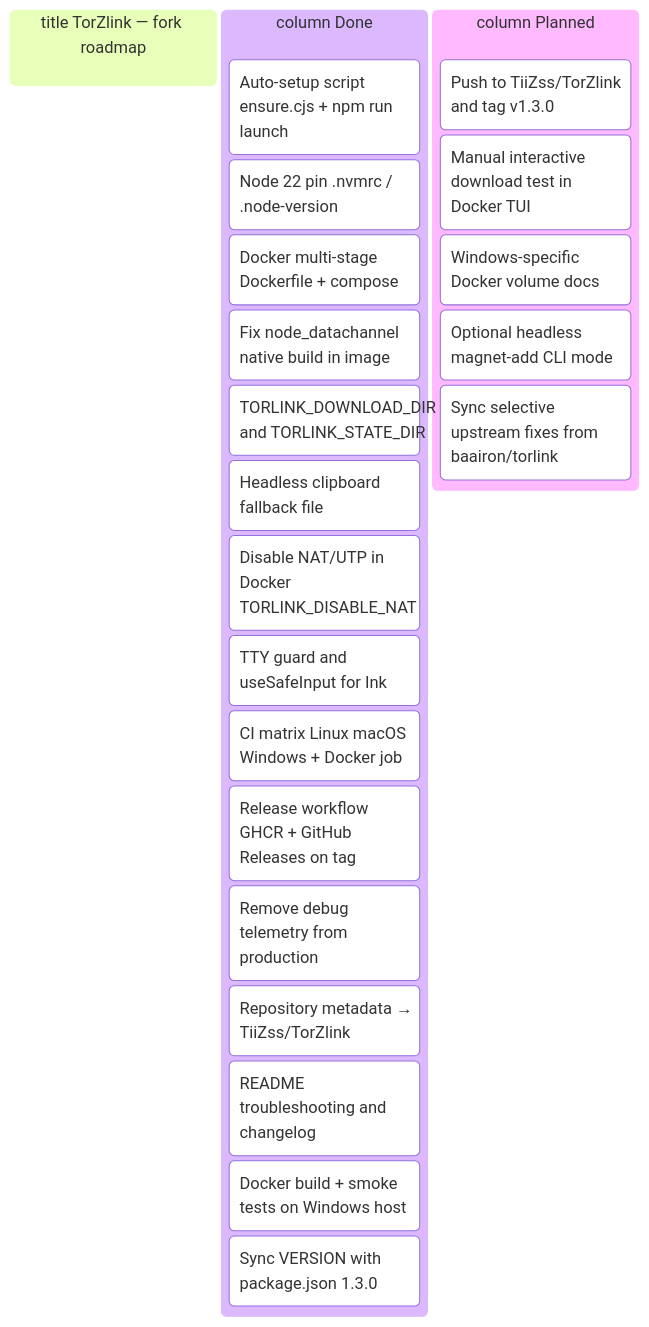
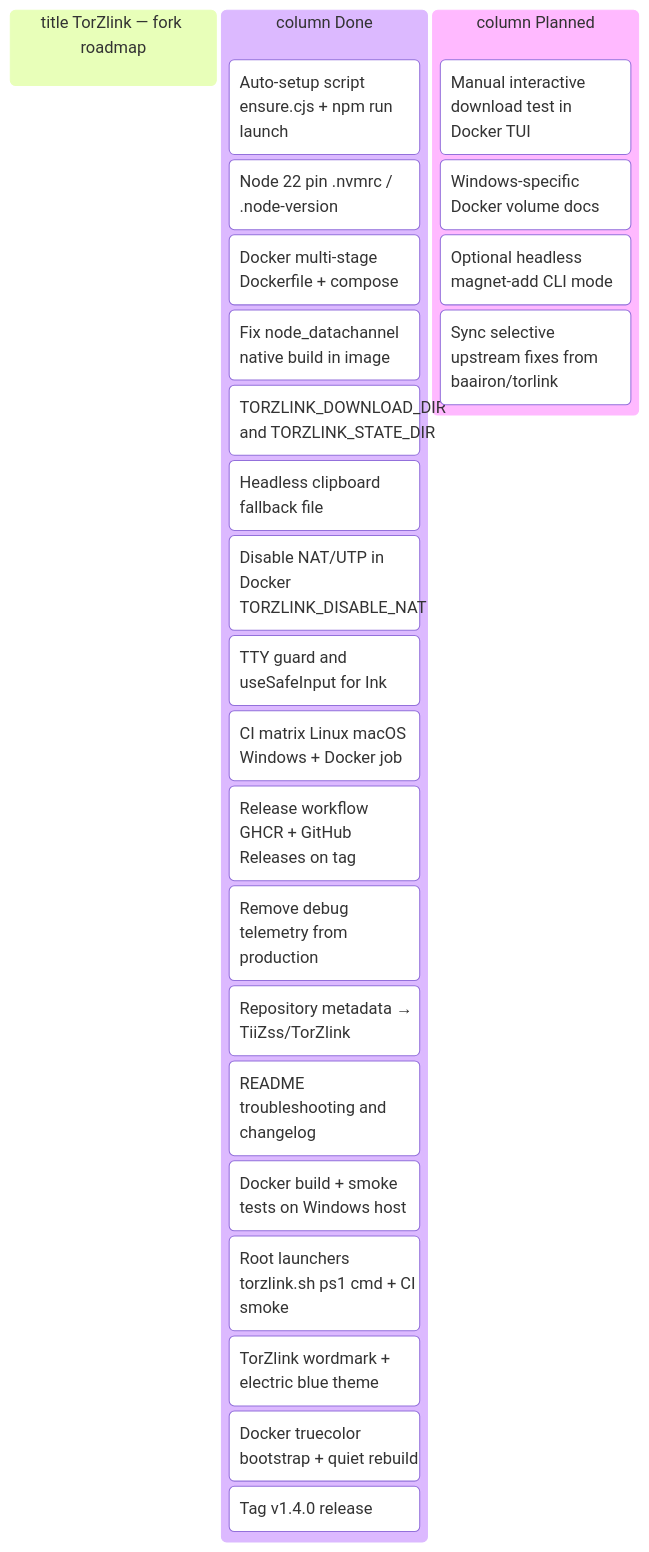
One commit to TiiZss/TorZlink changed the diagram in README.md. Above: the diagram before and after it, drawn with Mermaid. The commit also changed other lines of this file and 10 other files, not shown here.

````diff
--- a/README.md
+++ b/README.md
@@ -266,26 +285,28 @@
 ```mermaid
 kanban
   title TorZlink — fork roadmap
   column Done
     Auto-setup script ensure.cjs + npm run launch
     Node 22 pin .nvmrc / .node-version
     Docker multi-stage Dockerfile + compose
     Fix node_datachannel native build in image
-    TORLINK_DOWNLOAD_DIR and TORLINK_STATE_DIR
+    TORZLINK_DOWNLOAD_DIR and TORZLINK_STATE_DIR
     Headless clipboard fallback file
-    Disable NAT/UTP in Docker TORLINK_DISABLE_NAT
+    Disable NAT/UTP in Docker TORZLINK_DISABLE_NAT
     TTY guard and useSafeInput for Ink
     CI matrix Linux macOS Windows + Docker job
     Release workflow GHCR + GitHub Releases on tag
     Remove debug telemetry from production
     Repository metadata → TiiZss/TorZlink
     README troubleshooting and changelog
     Docker build + smoke tests on Windows host
-    Sync VERSION with package.json 1.3.0
+    Root launchers torzlink.sh ps1 cmd + CI smoke
+    TorZlink wordmark + electric blue theme
+    Docker truecolor bootstrap + quiet rebuild
+    Tag v1.4.0 release
   column Planned
-    Push to TiiZss/TorZlink and tag v1.3.0
     Manual interactive download test in Docker TUI
     Windows-specific Docker volume docs
     Optional headless magnet-add CLI mode
     Sync selective upstream fixes from baairon/torlink
 ```
````
